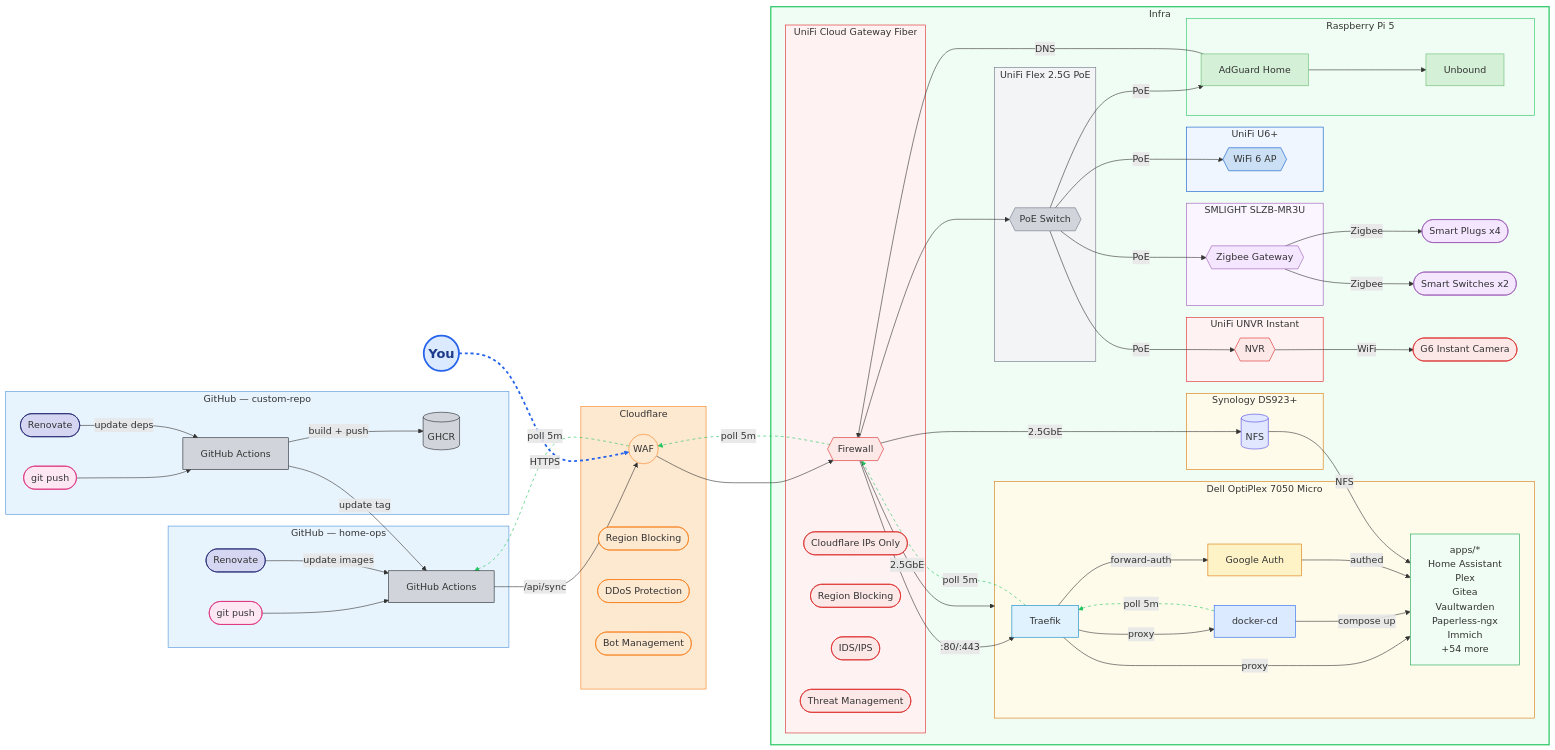
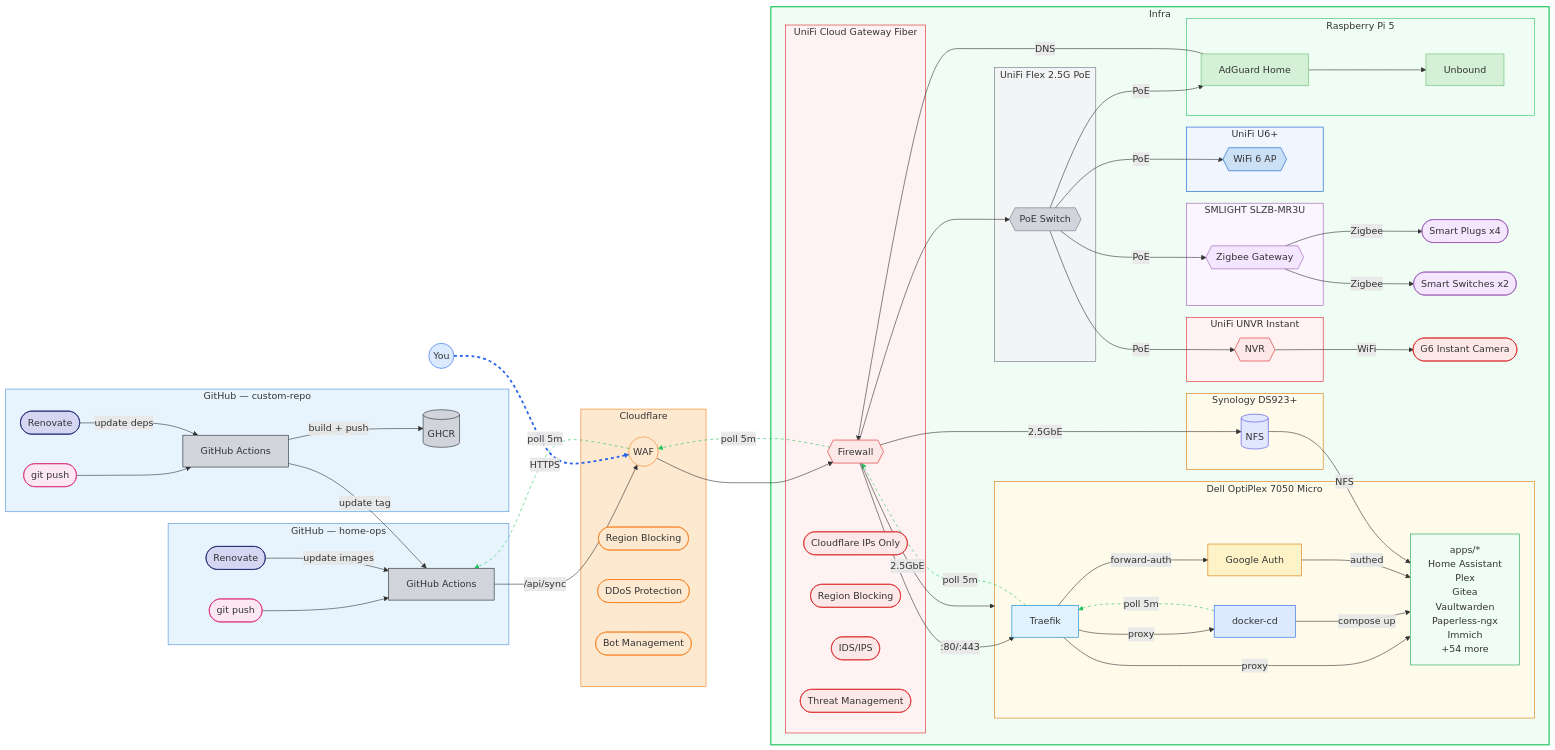
One commit to wajeht/home-ops changed the diagram in README.md. Above: the diagram before and after it, drawn with Mermaid.

Commit message:
style: update mermaid diagram styles for clarity

```diff
--- a/README.md
+++ b/README.md
@@ -113,7 +113,7 @@
     style cf_region fill:#fde8d0,stroke:#f6821f,color:#333
     style cf_ddos fill:#fde8d0,stroke:#f6821f,color:#333
     style cf_bot fill:#fde8d0,stroke:#f6821f,color:#333
-    style you fill:#dbeafe,stroke:#2563eb,stroke-width:3px,color:#1e3a8a,font-size:22px,font-weight:bold
+    style you fill:#dbeafe,stroke:#2563eb,color:#333
     style ucg_cf fill:#fde8e8,stroke:#dc2626,color:#333
     style ucg_region fill:#fde8e8,stroke:#dc2626,color:#333
     style ucg_ids fill:#fde8e8,stroke:#dc2626,color:#333
```
